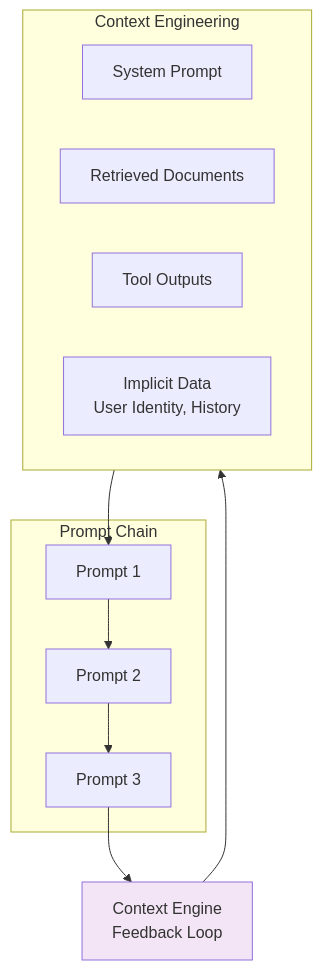
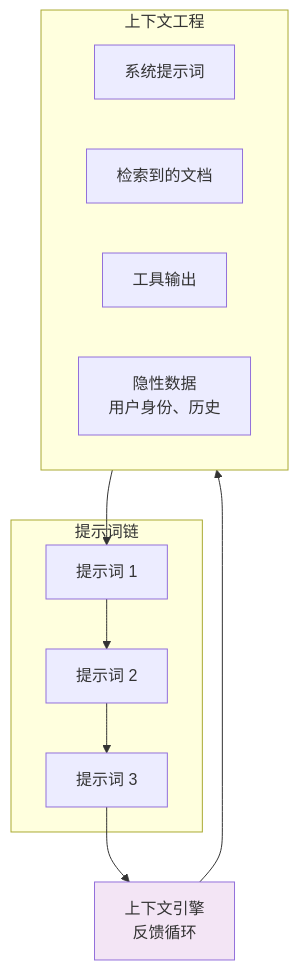
Before and after one commit to YiWang24/AiDIY: diagram 16 of 20 in i18n/zh-Hans/docusaurus-plugin-content-docs/current/ai/agents/design-patterns.mdx, drawn with Mermaid. The commit also changed other lines of this file and 59 other files, not shown here.

````diff
--- a/i18n/zh-Hans/docusaurus-plugin-content-docs/current/ai/agents/design-patterns.mdx
+++ b/i18n/zh-Hans/docusaurus-plugin-content-docs/current/ai/agents/design-patterns.mdx
@@ -903,23 +898,23 @@
 ```mermaid
 flowchart TB
-    subgraph Context["Context Engineering"]
-        SP[System Prompt]
-        RD[Retrieved Documents]
-        TO[Tool Outputs]
-        ID[Implicit Data<br/>User Identity, History]
+    subgraph Context["上下文工程"]
+        SP[系统提示词]
+        RD[检索到的文档]
+        TO[工具输出]
+        ID[隐性数据<br/>用户身份、历史]
     end
 
-    subgraph Chain["Prompt Chain"]
-        P1[Prompt 1]
-        P2[Prompt 2]
-        P3[Prompt 3]
+    subgraph Chain["提示词链"]
+        P1[提示词 1]
+        P2[提示词 2]
+        P3[提示词 3]
     end
 
     Context --> P1
     P1 --> P2
     P2 --> P3
-    P3 --> CE[Context Engine<br/>Feedback Loop]
+    P3 --> CE[上下文引擎<br/>反馈循环]
     CE --> Context
 
     style CE fill:#f3e5f5
 ```
````
